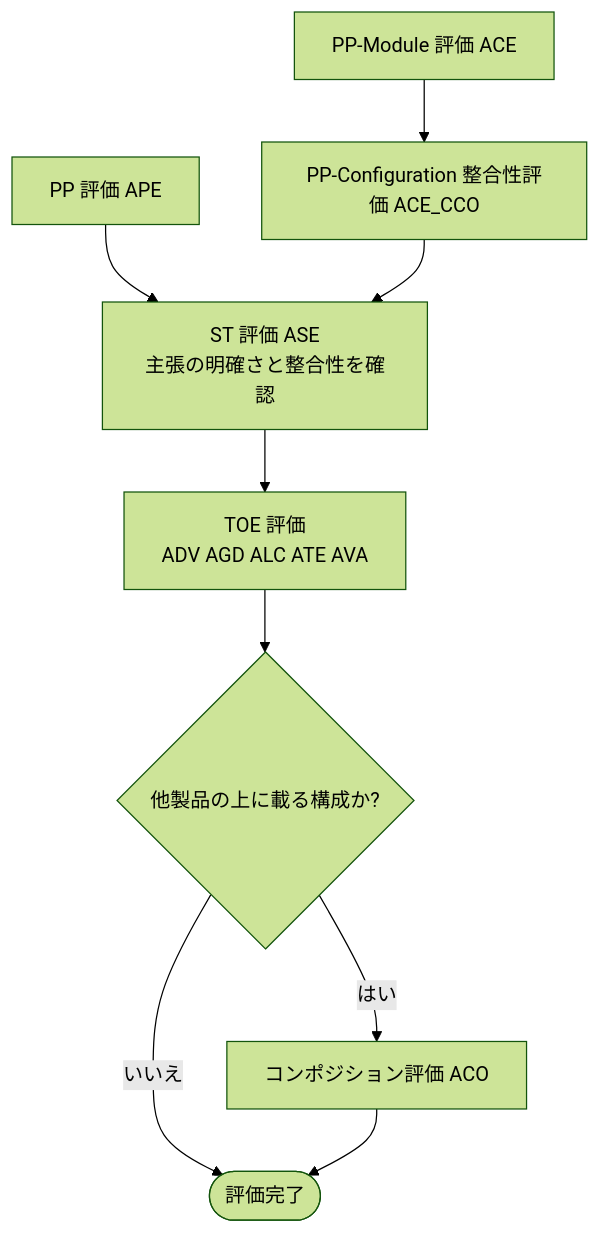
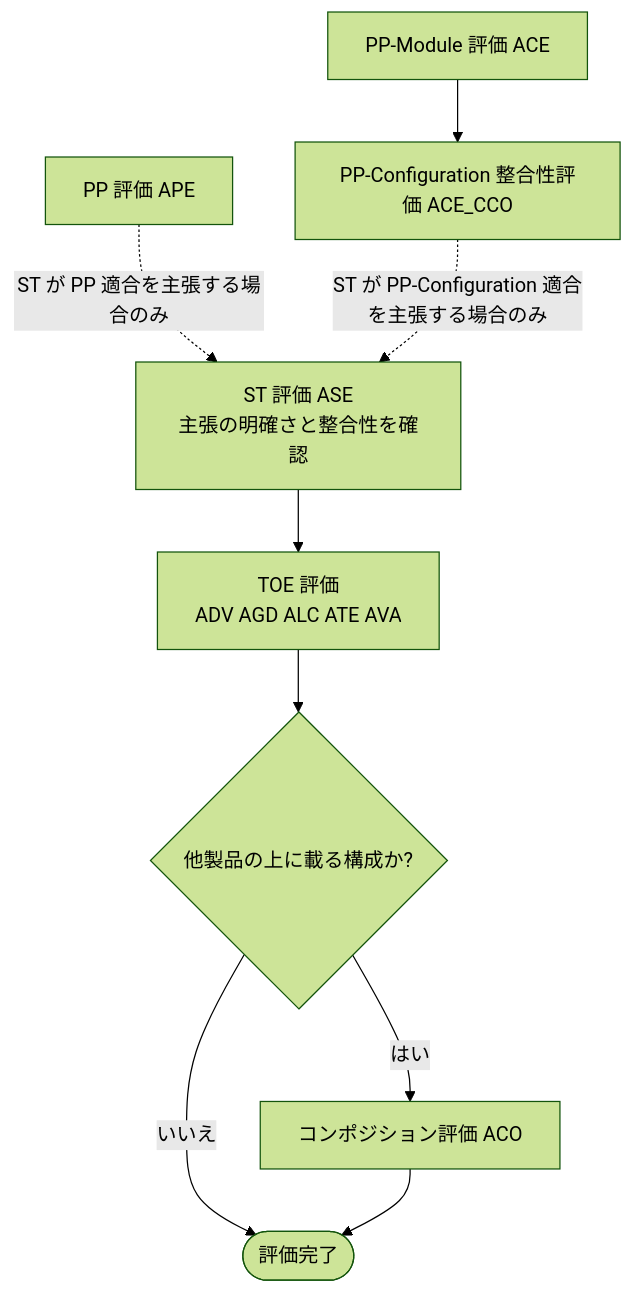
One commit to myoshi2891/Security_Studies changed the tenth of 18 diagrams in Iso-iec-18045-2026-guide.md. Above: the diagram before and after it, drawn with Mermaid (forest theme). The commit also changed other lines of this file, not shown here.

Commit message:
docs(iso): clarify verdict criteria and conditional PP dependencies in ISO/IEC 18045 guide

````diff
--- a/Iso-iec-18045-2026-guide.md
+++ b/Iso-iec-18045-2026-guide.md
@@ -379,11 +379,11 @@
 ```mermaid
 flowchart TD
-    PP["PP 評価 APE"] --> ST
+    PP["PP 評価 APE"] -.->|"ST が PP 適合を主張する場合のみ"| ST
     PM["PP-Module 評価 ACE"] --> PC["PP-Configuration 整合性評価 ACE_CCO"]
-    PC --> ST
+    PC -.->|"ST が PP-Configuration 適合を主張する場合のみ"| ST
     ST["ST 評価 ASE<br/>主張の明確さと整合性を確認"] --> TOE
     TOE["TOE 評価<br/>ADV AGD ALC ATE AVA"] --> COMP{"他製品の上に載る構成か?"}
     COMP -->|"はい"| ACO["コンポジション評価 ACO"]
     COMP -->|"いいえ"| END(["評価完了"])
     ACO --> END
 ```
````
